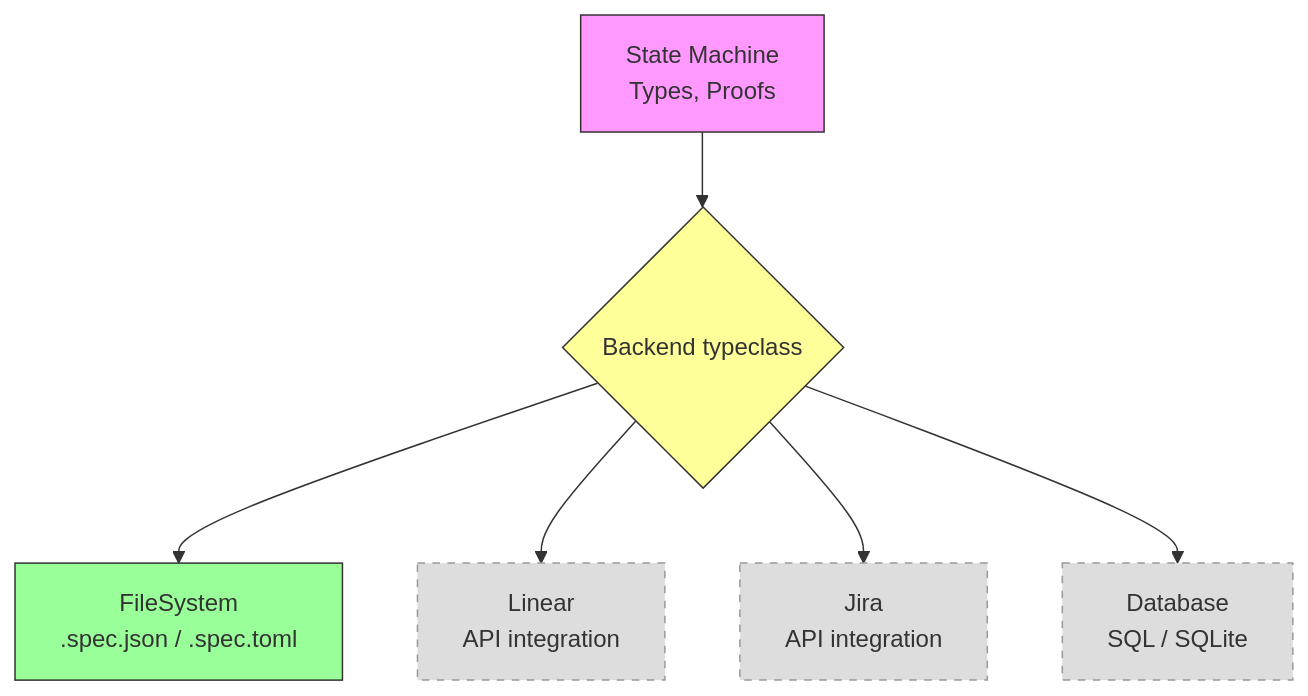
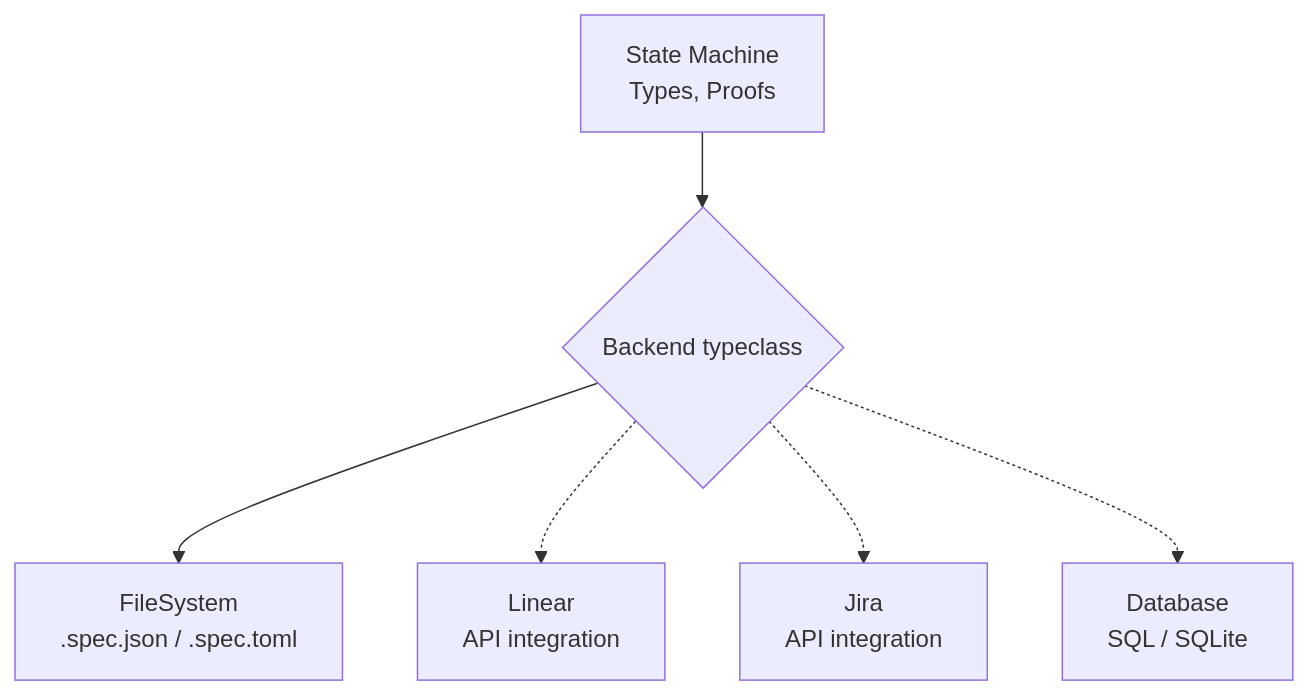
The third of 3 diagrams in docs/architecture.md (tskovlund/qed), drawn with Mermaid before and after one commit.

Commit message:
docs: reorder dispatch diagram, fix backend diagram readability
Verification dispatch diagram now ordered least to most formal
(matching the table below it). Backend abstraction diagram drops
custom fill colors that made text unreadable — uses default
Mermaid styling with dashed lines for future backends.

````diff
--- a/docs/architecture.md
+++ b/docs/architecture.md
@@ -125,15 +125,8 @@
 ```mermaid
 flowchart TB
     core[State Machine\nTypes, Proofs] --> backend{Backend typeclass}
     backend --> fs[FileSystem\n.spec.json / .spec.toml]
-    backend --> linear[Linear\nAPI integration]
-    backend --> jira[Jira\nAPI integration]
-    backend --> db[Database\nSQL / SQLite]
-
-    style core fill:#f9f,stroke:#333
-    style backend fill:#ff9,stroke:#333
-    style fs fill:#9f9,stroke:#333
-    style linear fill:#ddd,stroke:#999,stroke-dasharray: 5 5
-    style jira fill:#ddd,stroke:#999,stroke-dasharray: 5 5
-    style db fill:#ddd,stroke:#999,stroke-dasharray: 5 5
+    backend -.-> linear[Linear\nAPI integration]
+    backend -.-> jira[Jira\nAPI integration]
+    backend -.-> db[Database\nSQL / SQLite]
 ```
````
